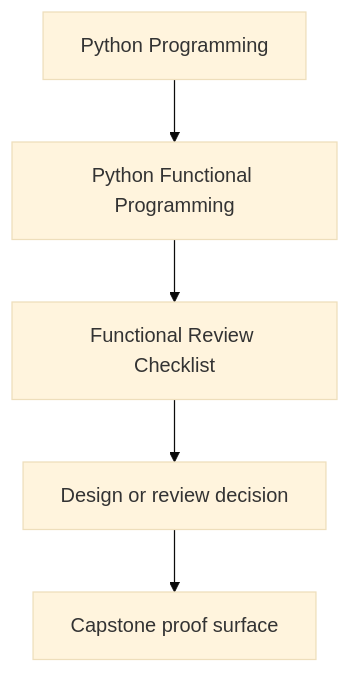
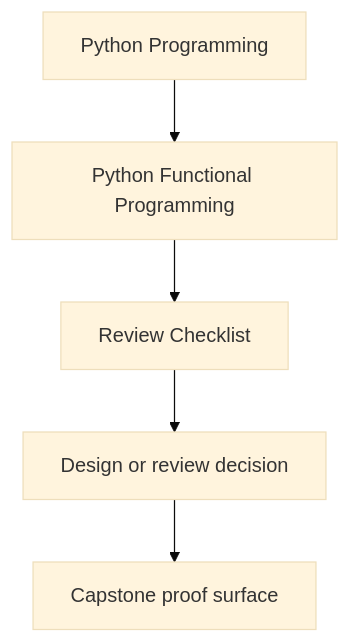
One commit to bijux/bijux-masterclass changed the first of 2 diagrams in programs/python-programming/python-functional-programming/course-book/reference/review-checklist.md. Above: the diagram before and after it, drawn with Mermaid (base theme). The commit also changed other lines of this file and 10 other files, not shown here.

Commit message:
docs(reference): fold specialized python review guides

````diff
--- a/programs/python-programming/python-functional-programming/course-book/reference/review-checklist.md
+++ b/programs/python-programming/python-functional-programming/course-book/reference/review-checklist.md
@@ -7,7 +7,7 @@
 ```mermaid
 flowchart TD
   family["Python Programming"] --> program["Python Functional Programming"]
-  program --> reference["Functional Review Checklist"]
+  program --> reference["Review Checklist"]
   reference --> review["Design or review decision"]
   review --> capstone["Capstone proof surface"]
 ```
````
